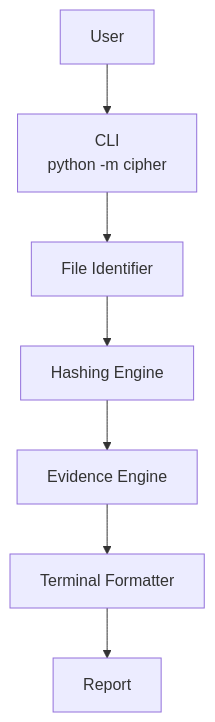
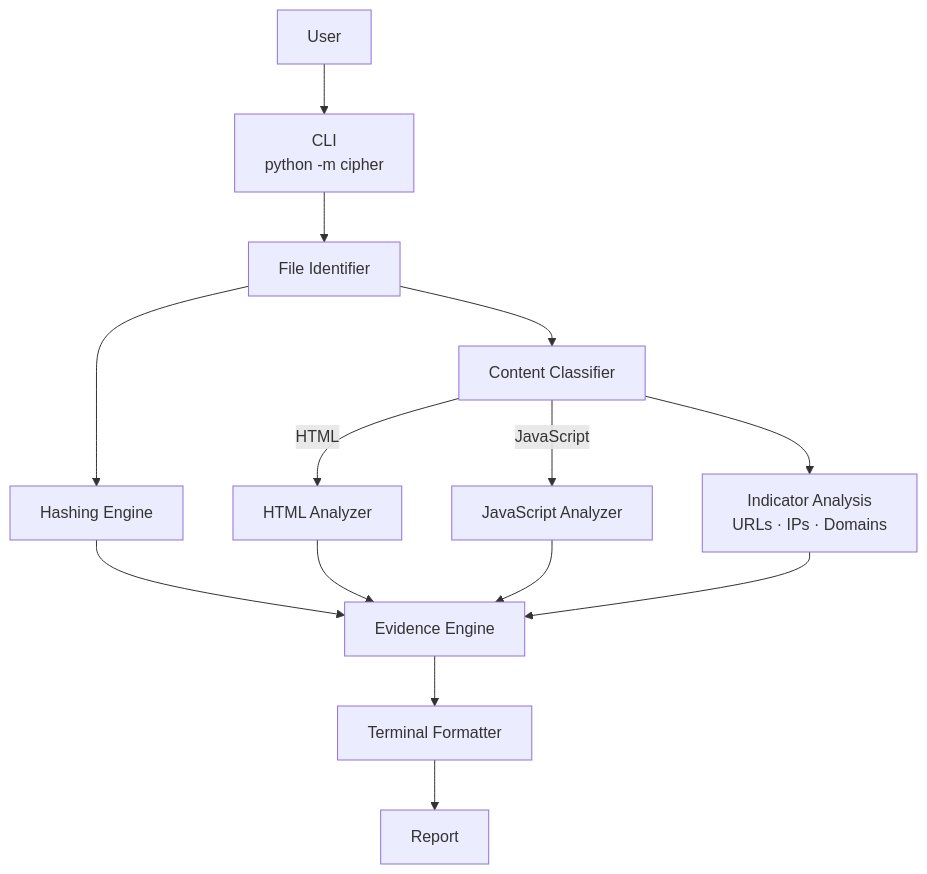
One commit to daniyal-sec/Nexorium-Cipher changed the first of 3 diagrams in README.md. Above: the diagram before and after it, drawn with Mermaid. The commit also changed other lines of this file, not shown here.

````diff
--- a/README.md
+++ b/README.md
@@ -195,9 +365,16 @@
 ```mermaid
 flowchart TD
     U["User"] --> CLI["CLI<br/>python -m cipher"]
     CLI --> FI["File Identifier"]
     FI --> HE["Hashing Engine"]
+    FI --> CC["Content Classifier"]
+    CC -->|"HTML"| HA["HTML Analyzer"]
+    CC -->|"JavaScript"| JA["JavaScript Analyzer"]
+    CC --> IA["Indicator Analysis<br/>URLs · IPs · Domains"]
     HE --> EE["Evidence Engine"]
+    HA --> EE
+    JA --> EE
+    IA --> EE
     EE --> TF["Terminal Formatter"]
     TF --> R["Report"]
 ```
````
